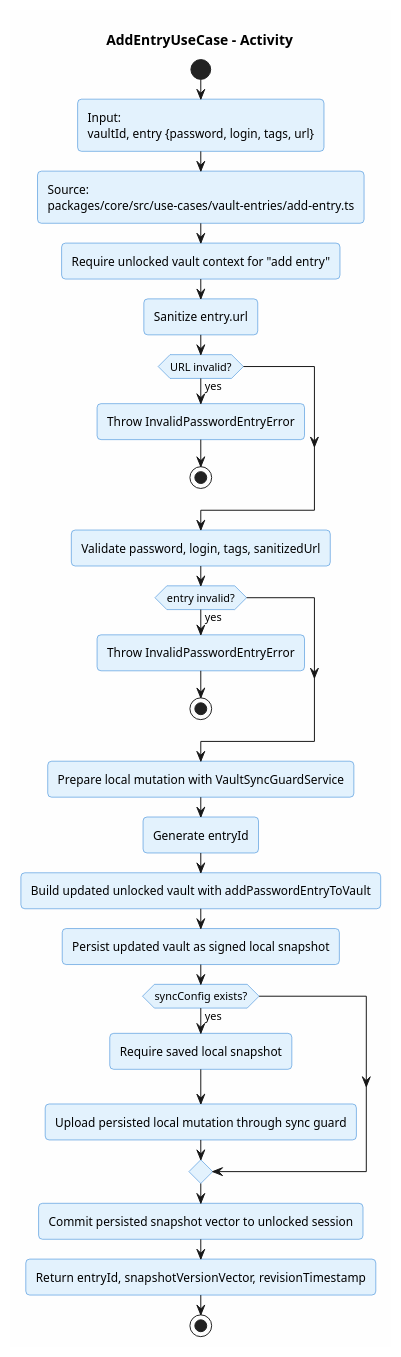
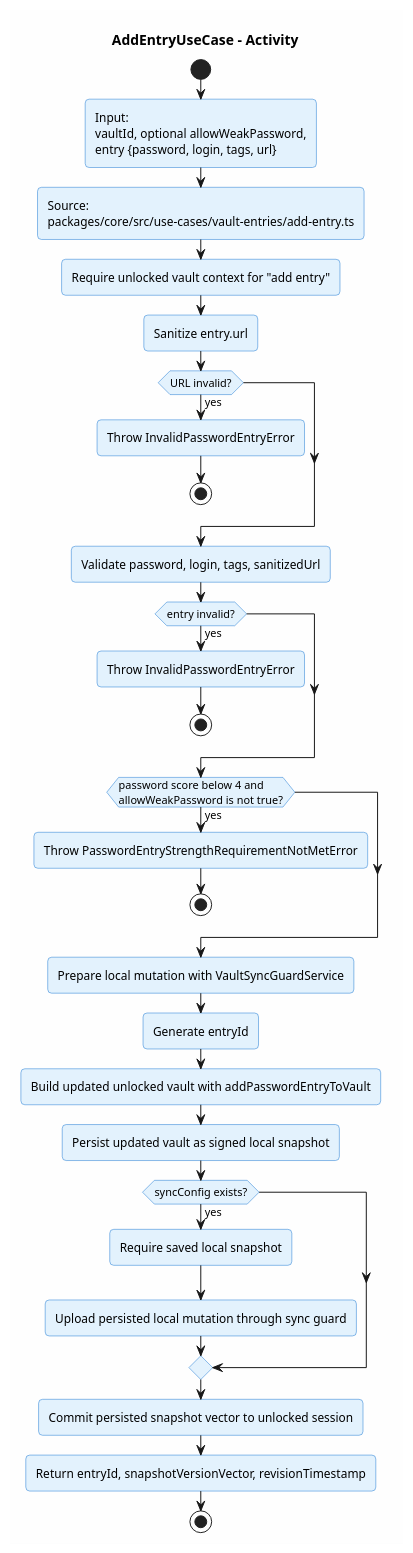
One commit to ArionStudio/engr-serverless-pm changed the diagram in docs/v1/use-case/vault-entries/add-entry.activity.puml. Above: the diagram before and after it, drawn with PlantUML. The commit also changed 30 other files, not shown here.

First line of the commit message:
feat(core): add local password strength policy

```diff
--- a/docs/v1/use-case/vault-entries/add-entry.activity.puml
+++ b/docs/v1/use-case/vault-entries/add-entry.activity.puml
@@ -1,37 +1,41 @@
 @startuml add-entry-activity
 title AddEntryUseCase - Activity
 
 skinparam backgroundColor #FEFEFE
 skinparam roundcorner 8
 skinparam shadowing false
 skinparam activity {
   BackgroundColor #E3F2FD
   BorderColor #1976D2
 }
 
 start
-:Input:\nvaultId, entry {password, login, tags, url};
+:Input:\nvaultId, optional allowWeakPassword,\nentry {password, login, tags, url};
 :Source:\npackages/core/src/use-cases/vault-entries/add-entry.ts;
 :Require unlocked vault context for "add entry";
 :Sanitize entry.url;
 if (URL invalid?) then (yes)
   :Throw InvalidPasswordEntryError;
   stop
 endif
 :Validate password, login, tags, sanitizedUrl;
 if (entry invalid?) then (yes)
   :Throw InvalidPasswordEntryError;
+  stop
+endif
+if (password score below 4 and\nallowWeakPassword is not true?) then (yes)
+  :Throw PasswordEntryStrengthRequirementNotMetError;
   stop
 endif
 :Prepare local mutation with VaultSyncGuardService;
 :Generate entryId;
 :Build updated unlocked vault with addPasswordEntryToVault;
 :Persist updated vault as signed local snapshot;
 if (syncConfig exists?) then (yes)
   :Require saved local snapshot;
   :Upload persisted local mutation through sync guard;
 endif
 :Commit persisted snapshot vector to unlocked session;
 :Return entryId, snapshotVersionVector, revisionTimestamp;
 stop
 @enduml
```
